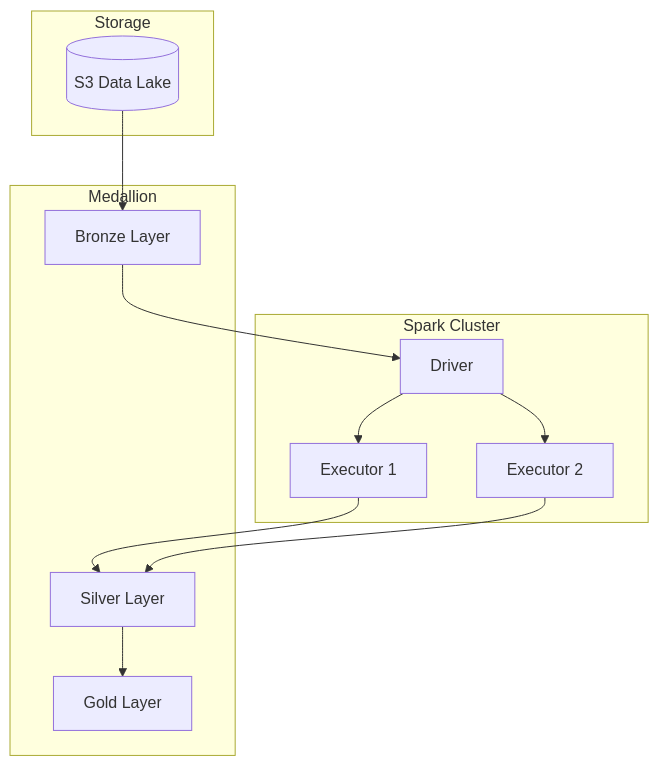
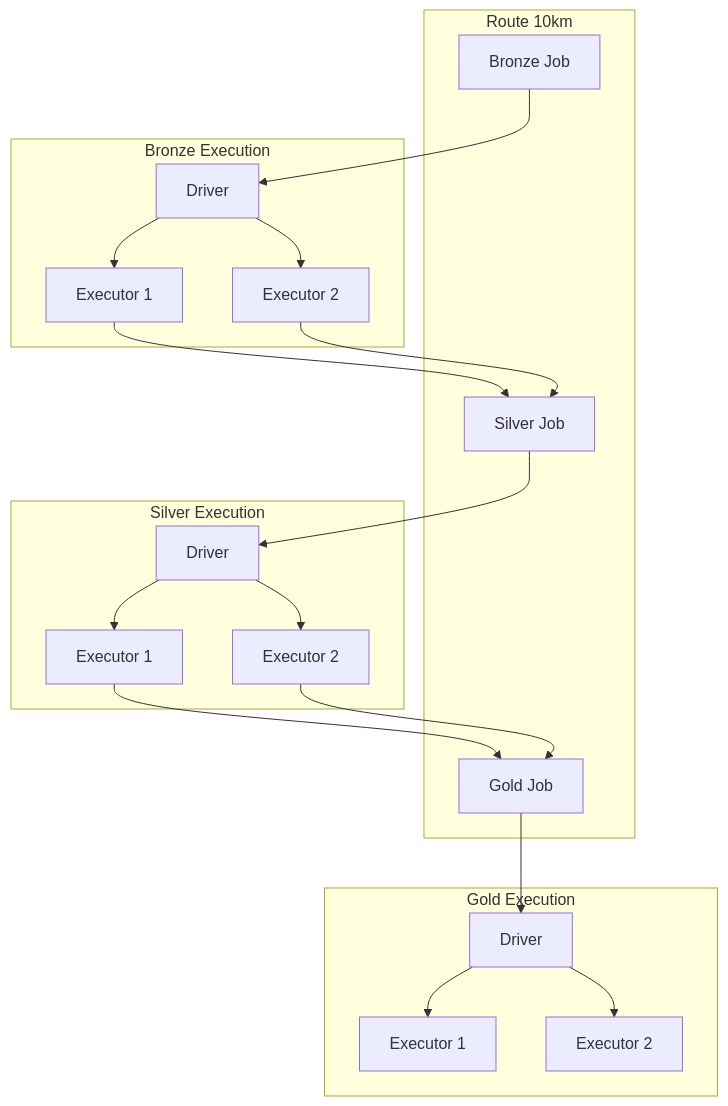
Before and after one commit to PatiphanAK/fp_project_demo: the diagram in Readme.md, drawn with Mermaid.

````diff
--- a/Readme.md
+++ b/Readme.md
@@ -58,27 +58,43 @@
 ```mermaid
 graph TD
 
-    subgraph Storage
-        S3[(S3 Data Lake)]
+    subgraph Route 10km
+        A1[Bronze Job]
+        A2[Silver Job]
+        A3[Gold Job]
     end
 
-    subgraph Spark Cluster
-        D[Driver]
-        E1[Executor 1]
-        E2[Executor 2]
+    subgraph Bronze Execution
+        B1[Driver]
+        B2[Executor 1]
+        B3[Executor 2]
     end
 
-    subgraph Medallion
-        B[Bronze Layer]
-        SI[Silver Layer]
-        G[Gold Layer]
+    subgraph Silver Execution
+        C1[Driver]
+        C2[Executor 1]
+        C3[Executor 2]
     end
 
-    S3 --> B
-    B --> D
-    D --> E1
-    D --> E2
-    E1 --> SI
-    E2 --> SI
-    SI --> G
+    subgraph Gold Execution
+        D1[Driver]
+        D2[Executor 1]
+        D3[Executor 2]
+    end
+
+    A1 --> B1
+    B1 --> B2
+    B1 --> B3
+    B2 --> A2
+    B3 --> A2
+
+    A2 --> C1
+    C1 --> C2
+    C1 --> C3
+    C2 --> A3
+    C3 --> A3
+
+    A3 --> D1
+    D1 --> D2
+    D1 --> D3
 ```
````
